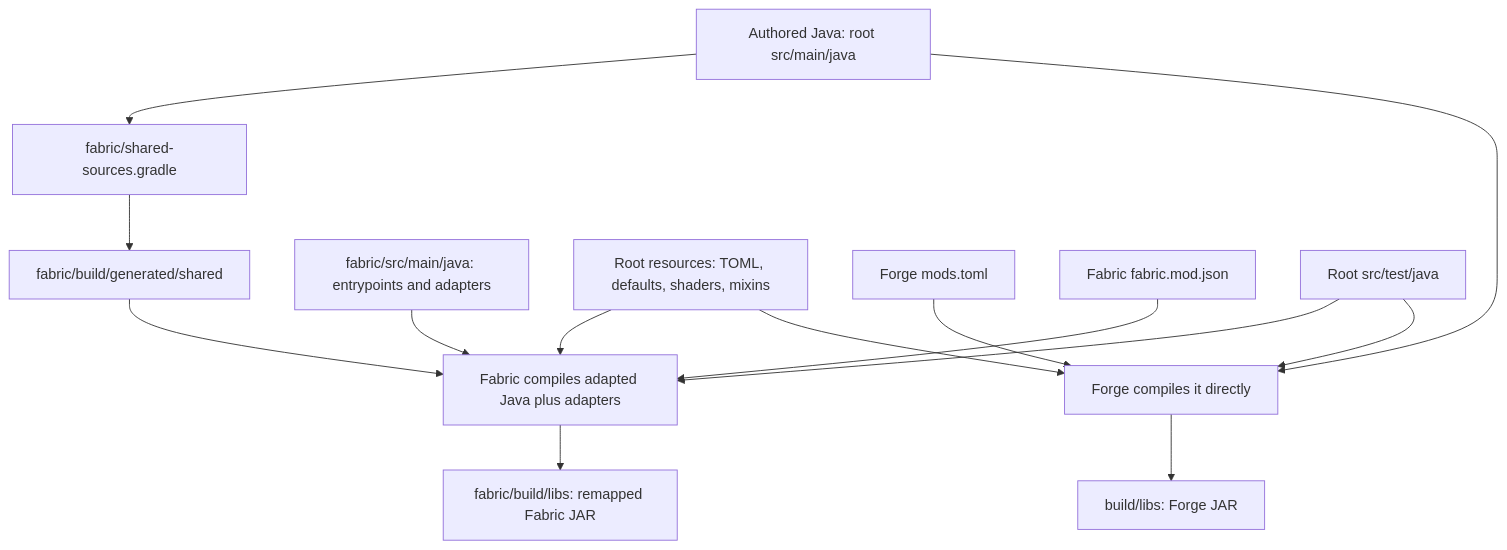
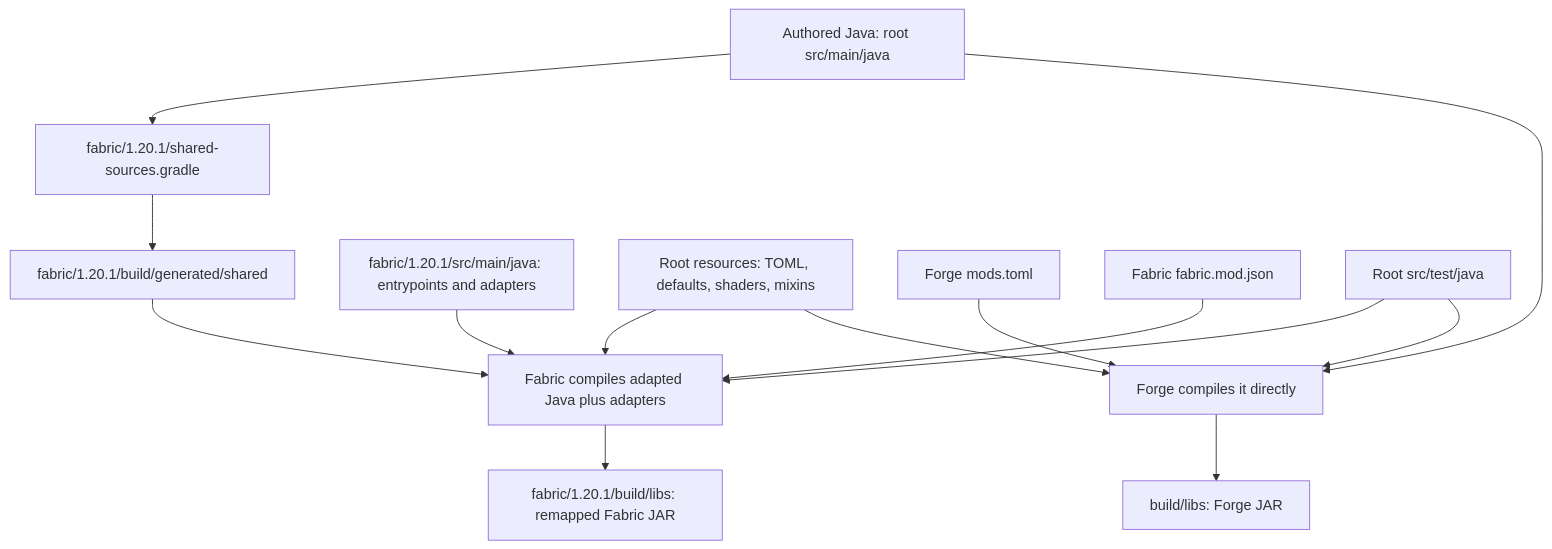
One commit to Sukrit22/VisorTaCZCompatPatch changed the third of 3 diagrams in docs/PROJECT-TOUR.md. Above: the diagram before and after it, drawn with Mermaid. The commit also changed other lines of this file and 82 other files, not shown here.

````diff
--- a/docs/PROJECT-TOUR.md
+++ b/docs/PROJECT-TOUR.md
@@ -241,16 +241,16 @@
 ```mermaid
 flowchart TD
     Java[Authored Java: root src/main/java] --> Forge[Forge compiles it directly]
-    Java --> Transform[fabric/shared-sources.gradle]
-    Transform --> Generated[fabric/build/generated/shared]
-    Adapters[fabric/src/main/java: entrypoints and adapters] --> Fabric[Fabric compiles adapted Java plus adapters]
+    Java --> Transform[fabric/1.20.1/shared-sources.gradle]
+    Transform --> Generated[fabric/1.20.1/build/generated/shared]
+    Adapters[fabric/1.20.1/src/main/java: entrypoints and adapters] --> Fabric[Fabric compiles adapted Java plus adapters]
     Generated --> Fabric
     Resources[Root resources: TOML, defaults, shaders, mixins] --> Forge
     Resources --> Fabric
     ForgeMeta[Forge mods.toml] --> Forge
     FabricMeta[Fabric fabric.mod.json] --> Fabric
     Tests[Root src/test/java] --> Forge
     Tests --> Fabric
     Forge --> ForgeJar[build/libs: Forge JAR]
-    Fabric --> FabricJar[fabric/build/libs: remapped Fabric JAR]
+    Fabric --> FabricJar[fabric/1.20.1/build/libs: remapped Fabric JAR]
 ```
````
